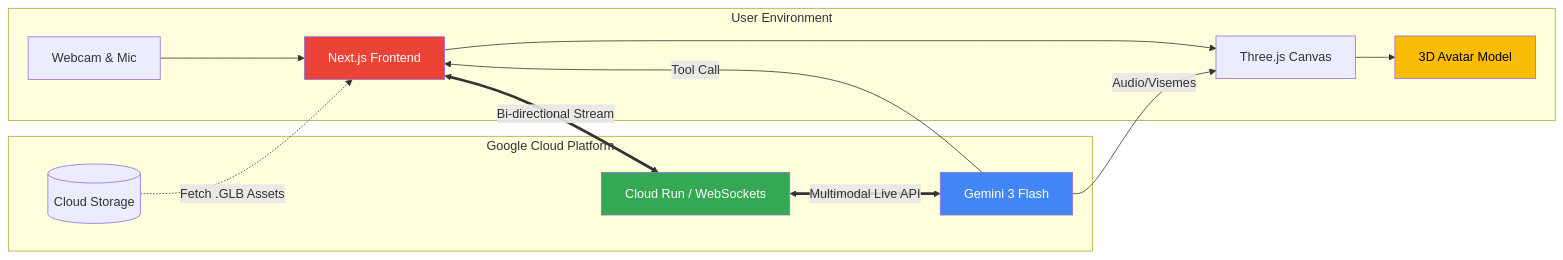
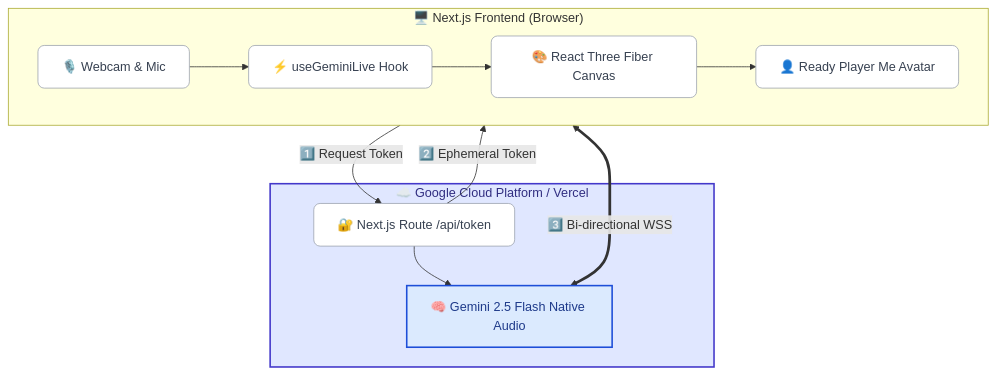
Before and after one commit to princegarg001/digital-Lige-identifier: the first of 2 diagrams in project_docs/architecture/diagrams.md, drawn with Mermaid. The commit also changed other lines of this file and 2 other files, not shown here.

Commit message:
docs: update README, license, and multimodal diagrams

````diff
--- a/project_docs/architecture/diagrams.md
+++ b/project_docs/architecture/diagrams.md
@@ -3,29 +7,35 @@
 ```mermaid
-    graph LR
-    subgraph Client ["User Environment"]
-        A[Webcam & Mic] --> B[Next.js Frontend]
-        B --> C[Three.js Canvas]
-        C --> D[3D Avatar Model]
+graph TD
+    %% Styling Definition
+    classDef client fill:#f3f4f6,stroke:#374151,stroke-width:2px,color:#111827
+    classDef backend fill:#e0e7ff,stroke:#4338ca,stroke-width:2px,color:#312e81
+    classDef gemini fill:#dbeafe,stroke:#1d4ed8,stroke-width:2px,color:#1e3a8a
+    classDef component fill:#ffffff,stroke:#9ca3af,stroke-width:1px,color:#374151,rx:8px,ry:8px
+
+    subgraph Client ["🖥️ Next.js Frontend (Browser)"]
+        A["🎙️ Webcam & Mic"]:::component
+        B["⚡ useGeminiLive Hook"]:::component
+        C["🎨 React Three Fiber Canvas"]:::component
+        D["👤 Ready Player Me Avatar"]:::component
+        
+        A --> B
+        B --> C
+        C --> D
     end
 
-    subgraph Backend ["Google Cloud Platform"]
-        E[Cloud Run / WebSockets]
-        F[Gemini 3 Flash]
-        G[(Cloud Storage)]
+    subgraph Backend ["☁️ Google Cloud Platform / Vercel"]
+        E["🔐 Next.js Route /api/token"]:::component
+        F["🧠 Gemini 2.5 Flash Native Audio"]:::gemini
+        
+        E --> F
     end
 
-    %% Connection Logic
-    B <==>|Bi-directional Stream| E
-    E <==>|Multimodal Live API| F
-    G -.->|Fetch .GLB Assets| B
+    %% Add styling to subgraphs
+    class Client client
+    class Backend backend
 
-    %% Intent Logic
-    F -- Tool Call --> B
-    F -- Audio/Visemes --> C
-
-    %% Styling
-    style F fill:#4285F4,color:#fff
-    style E fill:#34A853,color:#fff
-    style B fill:#EA4335,color:#fff
-    style D fill:#FBBC05,color:#000
+    %% Security & Connection Logic
+    Client -->|"1️⃣ Request Token"| E
+    E -->|"2️⃣ Ephemeral Token"| Client
+    Client <==>|"3️⃣ Bi-directional WSS"| F
 ```
````
